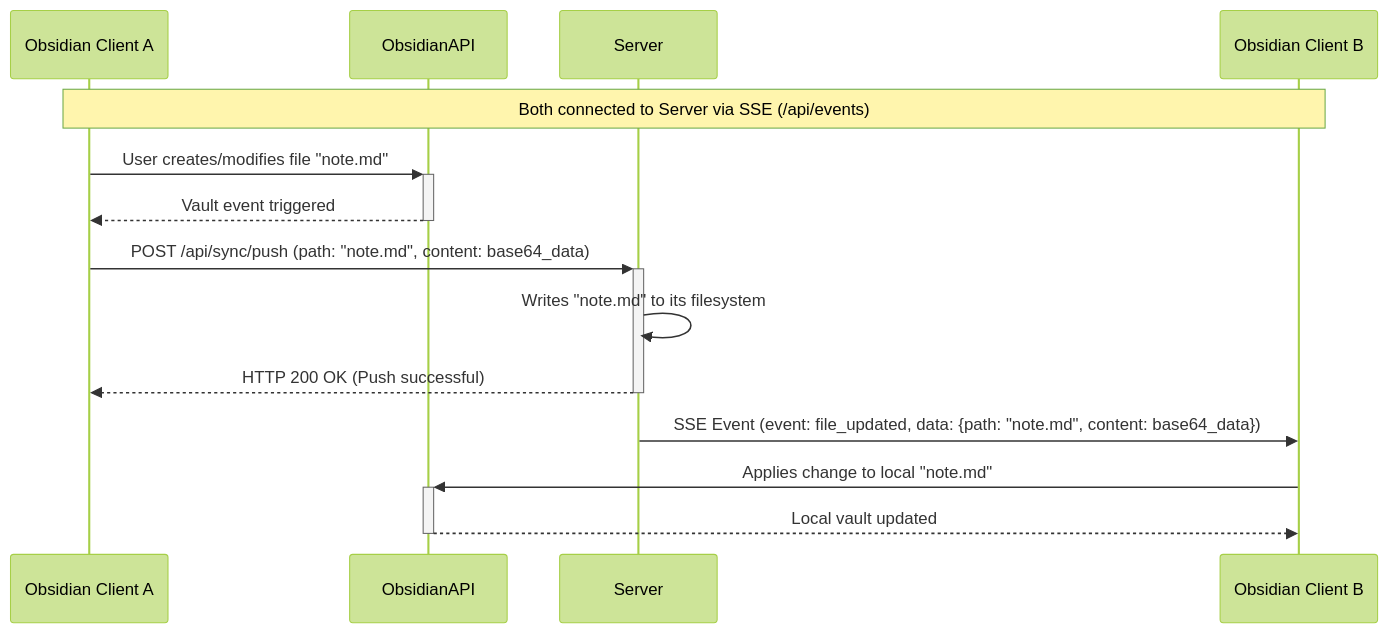
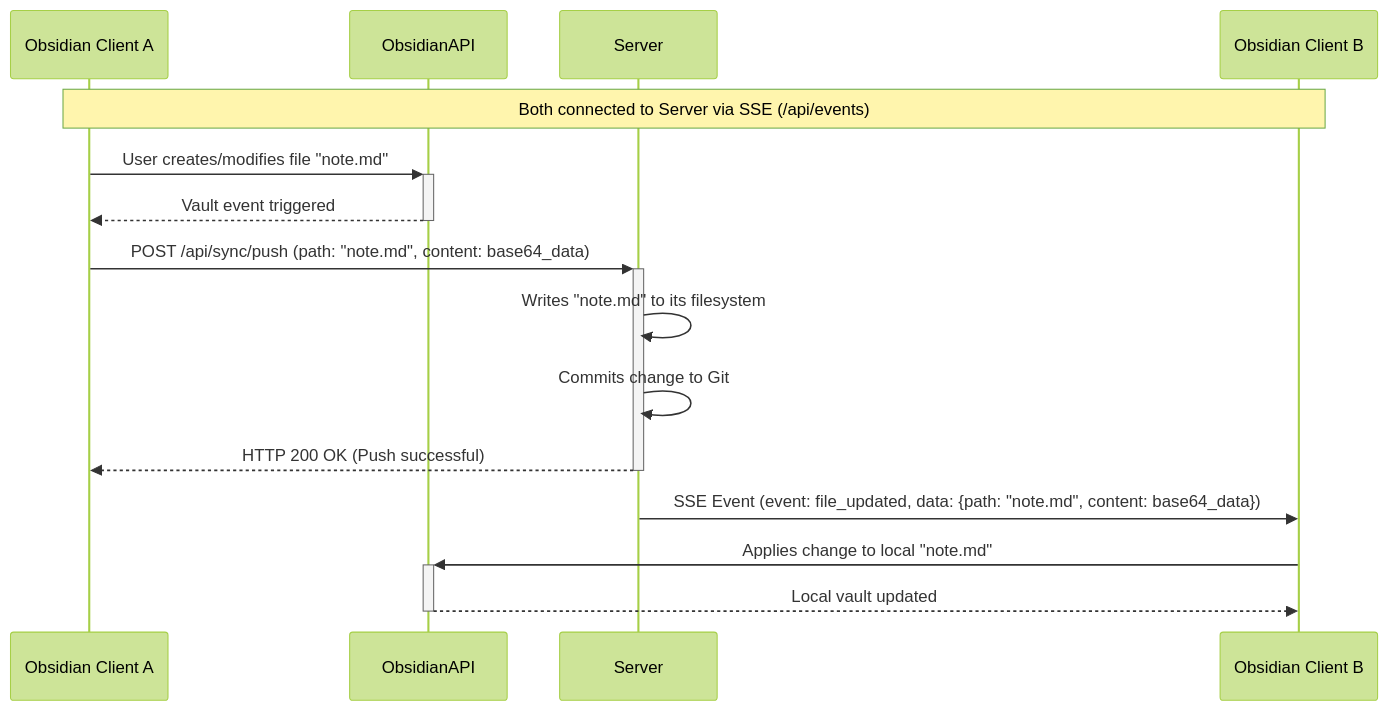
The diagram in README.md (Tanq16/yamanaka), drawn with Mermaid (forest theme) before and after one commit. The commit also changed other lines of this file and 3 other files, not shown here.

````diff
--- a/README.md
+++ b/README.md
@@ -38,19 +54,20 @@
 ```mermaid
 sequenceDiagram
     participant ClientA as Obsidian Client A
     participant ObsidianAPI
     participant Server
     participant ClientB as Obsidian Client B
 
     Note over ClientA,ClientB: Both connected to Server via SSE (/api/events)
 
     ClientA->>+ObsidianAPI: User creates/modifies file "note.md"
     ObsidianAPI-->>-ClientA: Vault event triggered
     ClientA->>+Server: POST /api/sync/push (path: "note.md", content: base64_data)
     Server->>Server: Writes "note.md" to its filesystem
+    Server->>Server: Commits change to Git
     Server-->>-ClientA: HTTP 200 OK (Push successful)
     Server->>ClientB: SSE Event (event: file_updated, data: {path: "note.md", content: base64_data})
 
     ClientB->>+ObsidianAPI: Applies change to local "note.md"
     ObsidianAPI-->>-ClientB: Local vault updated
 ```
````
